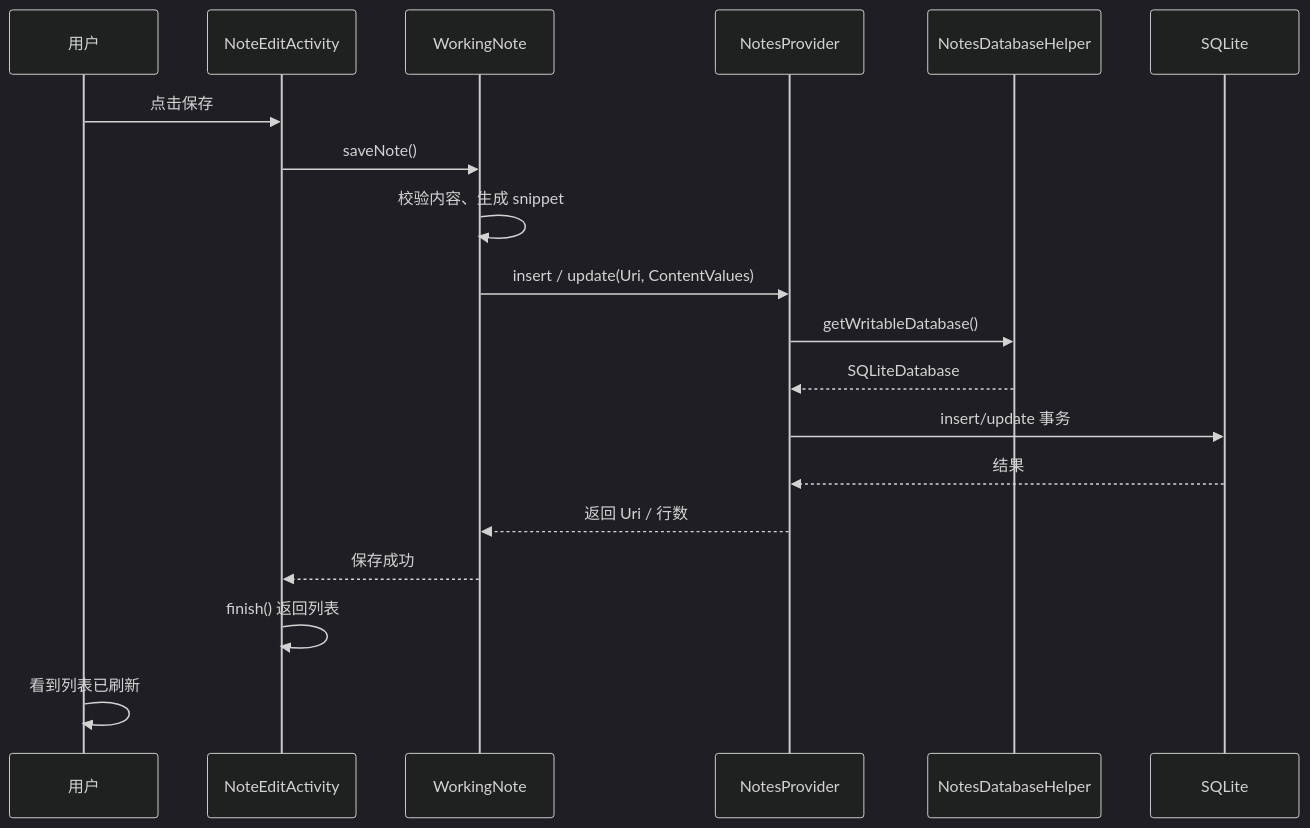
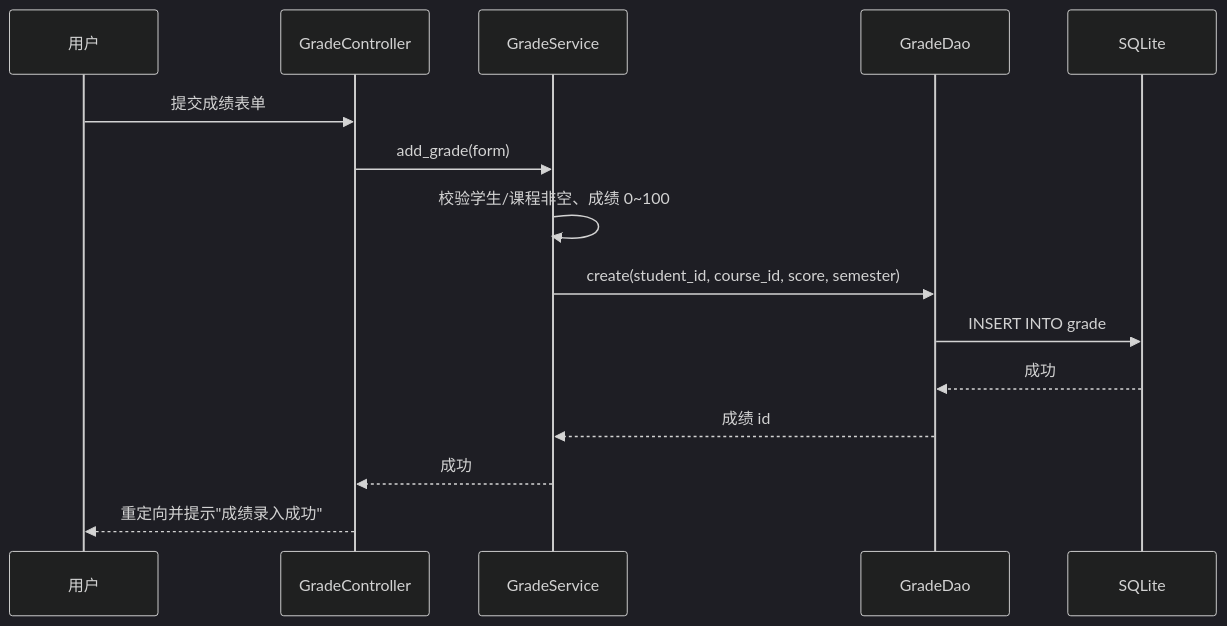
One commit to otreeevol/project changed the second of 3 diagrams in docs/04-软件设计规格说明书.md. Above: the diagram before and after it, drawn with Mermaid (dark theme). The commit also changed other lines of this file and 221 other files, not shown here.

````diff
--- a/docs/04-软件设计规格说明书.md
+++ b/docs/04-软件设计规格说明书.md
@@ -165,22 +145,18 @@
 ```mermaid
 sequenceDiagram
     participant U as 用户
-    participant EA as NoteEditActivity
-    participant WN as WorkingNote
-    participant NP as NotesProvider
-    participant DB as NotesDatabaseHelper
-    participant S as SQLite
+    participant GC as GradeController
+    participant GS as GradeService
+    participant GD as GradeDao
+    participant DB as SQLite
 
-    U->>EA: 点击保存
-    EA->>WN: saveNote()
-    WN->>WN: 校验内容、生成 snippet
-    WN->>NP: insert / update(Uri, ContentValues)
-    NP->>DB: getWritableDatabase()
-    DB-->>NP: SQLiteDatabase
-    NP->>S: insert/update 事务
-    S-->>NP: 结果
-    NP-->>WN: 返回 Uri / 行数
-    WN-->>EA: 保存成功
-    EA->>EA: finish() 返回列表
-    U->>U: 看到列表已刷新
+    U->>GC: 提交成绩表单
+    GC->>GS: add_grade(form)
+    GS->>GS: 校验学生/课程非空、成绩 0~100
+    GS->>GD: create(student_id, course_id, score, semester)
+    GD->>DB: INSERT INTO grade
+    DB-->>GD: 成功
+    GD-->>GS: 成绩 id
+    GS-->>GC: 成功
+    GC-->>U: 重定向并提示"成绩录入成功"
 ```
````
